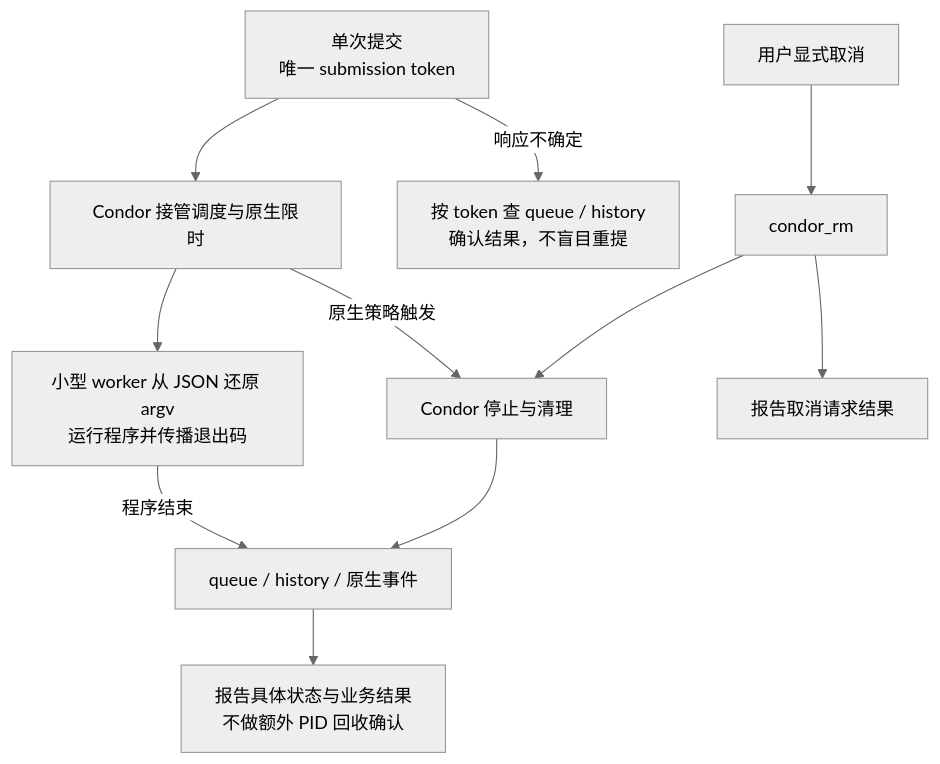
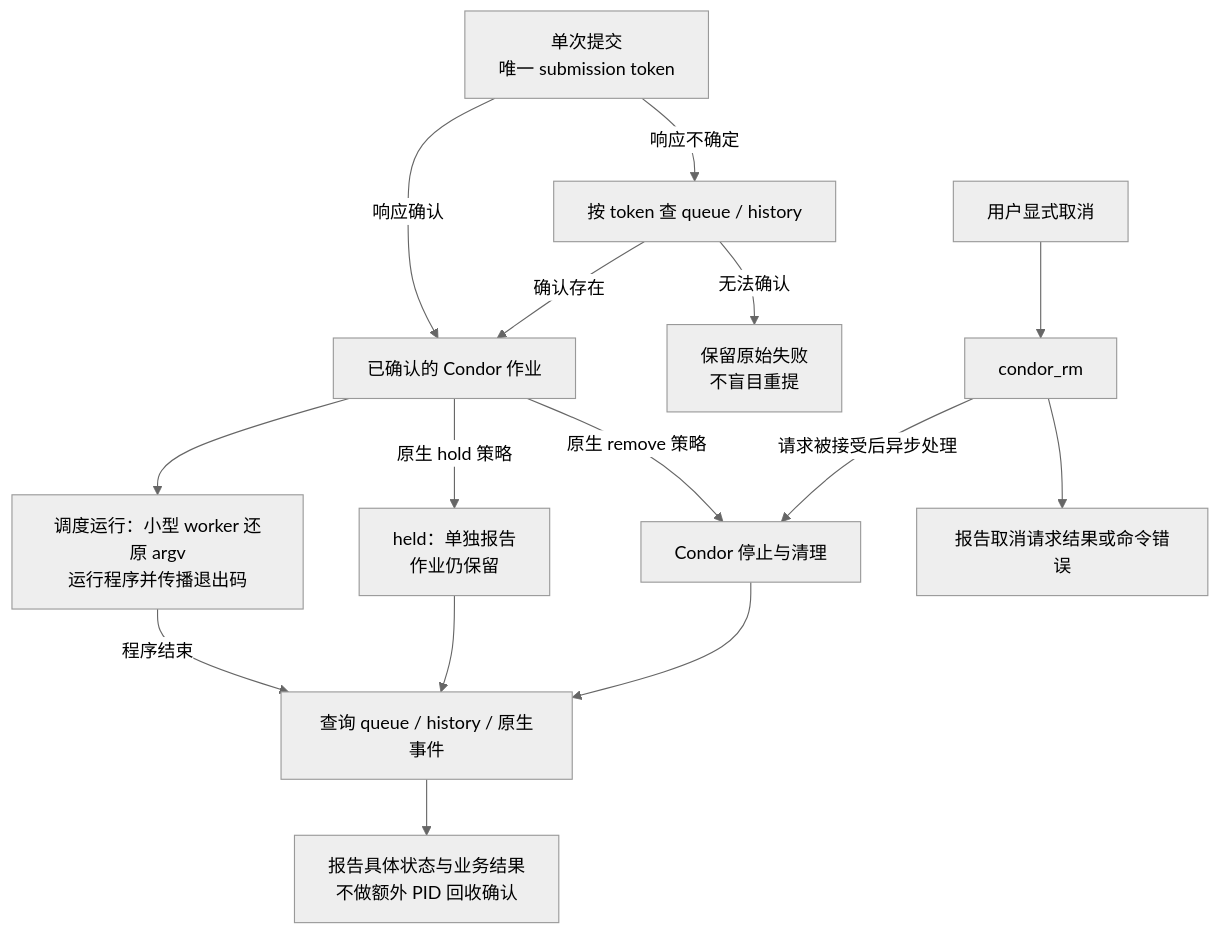
One commit to YS-Pan/basePack changed the fifth of 5 diagrams in devDoc/tasks/20261114-delivery-closeout/diagrams.md. Above: the diagram before and after it, drawn with Mermaid (neutral theme). The commit also changed other lines of this file and 5 other files, not shown here.

Commit message:
docs: reconcile closeout sequence and lifecycle diagrams

````diff
--- a/devDoc/tasks/20261114-delivery-closeout/diagrams.md
+++ b/devDoc/tasks/20261114-delivery-closeout/diagrams.md
@@ -57,13 +81,17 @@
 ```mermaid
 flowchart TD
-    A["单次提交<br/>唯一 submission token"] --> B["Condor 接管调度与原生限时"]
-    A -->|响应不确定| C["按 token 查 queue / history<br/>确认结果，不盲目重提"]
-    B --> D["小型 worker 从 JSON 还原 argv<br/>运行程序并传播退出码"]
+    A["单次提交<br/>唯一 submission token"] -->|响应确认| B["已确认的 Condor 作业"]
+    A -->|响应不确定| C["按 token 查 queue / history"]
+    C -->|确认存在| B
+    C -->|无法确认| X["保留原始失败<br/>不盲目重提"]
+    B --> D["调度运行：小型 worker 还原 argv<br/>运行程序并传播退出码"]
+    B -->|原生 hold 策略| K["held：单独报告<br/>作业仍保留"]
+    B -->|原生 remove 策略| G["Condor 停止与清理"]
     E["用户显式取消"] --> F["condor_rm"]
-    F --> G["Condor 停止与清理"]
-    B -->|原生策略触发| G
-    D -->|程序结束| H["queue / history / 原生事件"]
+    F -->|请求被接受后异步处理| G
+    F --> I["报告取消请求结果或命令错误"]
+    D -->|程序结束| H["查询 queue / history / 原生事件"]
+    K --> H
     G --> H
-    F --> I["报告取消请求结果"]
     H --> J["报告具体状态与业务结果<br/>不做额外 PID 回收确认"]
 ```
````
